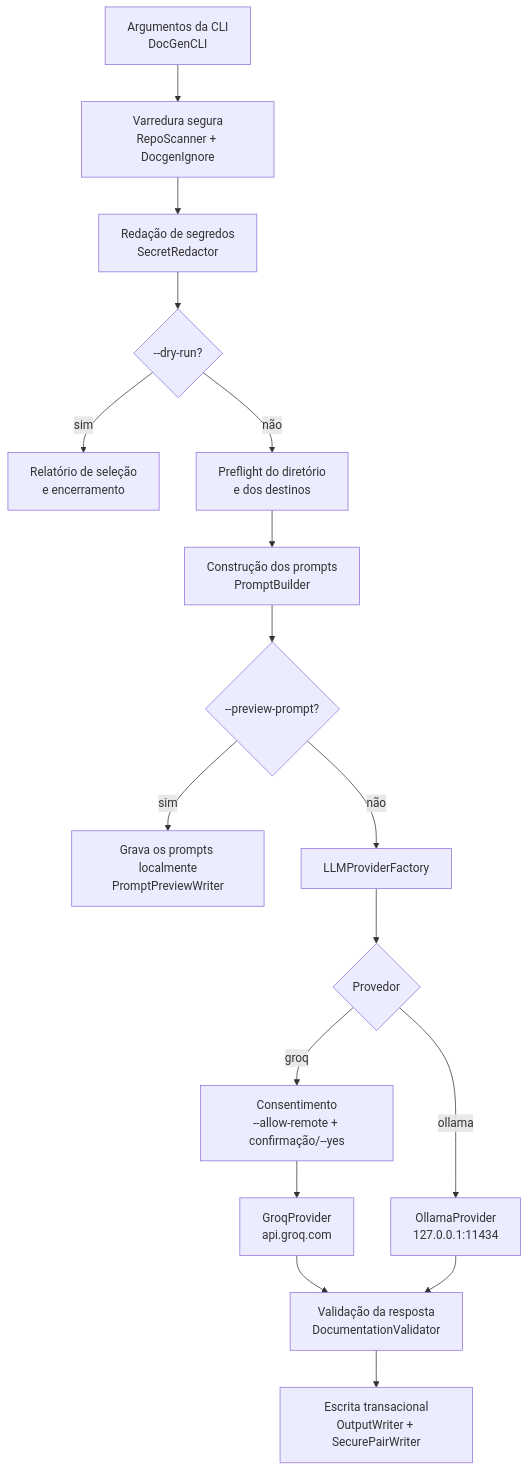
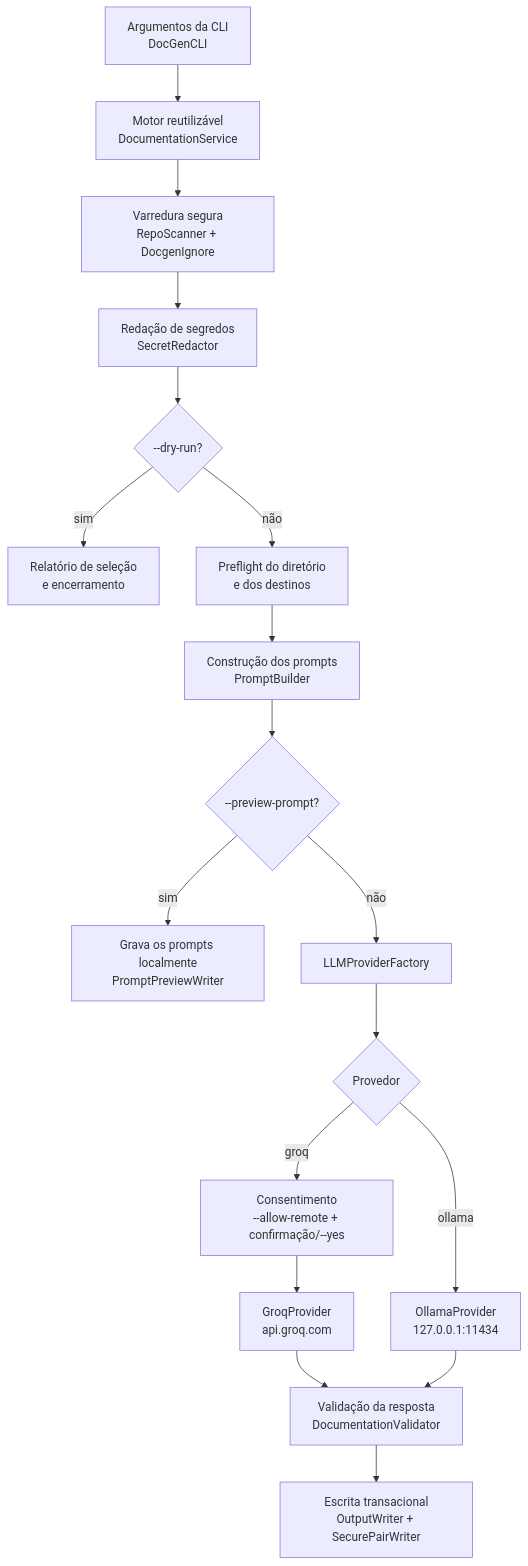
Before and after one commit to brunocorreia-dev/Docgen: the diagram in README.md, drawn with Mermaid. The commit also changed other lines of this file and 7 other files, not shown here.

Commit message:
refactor: extract reusable documentation service

````diff
--- a/README.md
+++ b/README.md
@@ -123,19 +123,20 @@
 ```mermaid
 flowchart TD
-    A["Argumentos da CLI<br/>DocGenCLI"] --> B["Varredura segura<br/>RepoScanner + DocgenIgnore"]
+    A["Argumentos da CLI<br/>DocGenCLI"] --> S["Motor reutilizável<br/>DocumentationService"]
+    S --> B["Varredura segura<br/>RepoScanner + DocgenIgnore"]
     B --> C["Redação de segredos<br/>SecretRedactor"]
     C --> D{"--dry-run?"}
     D -- sim --> D1["Relatório de seleção<br/>e encerramento"]
     D -- não --> E["Preflight do diretório<br/>e dos destinos"]
     E --> F["Construção dos prompts<br/>PromptBuilder"]
     F --> G{"--preview-prompt?"}
     G -- sim --> G1["Grava os prompts localmente<br/>PromptPreviewWriter"]
     G -- não --> H["LLMProviderFactory"]
     H --> I{"Provedor"}
     I -- groq --> J["Consentimento<br/>--allow-remote + confirmação/--yes"]
     J --> K["GroqProvider<br/>api.groq.com"]
     I -- ollama --> L["OllamaProvider<br/>127.0.0.1:11434"]
     K --> M["Validação da resposta<br/>DocumentationValidator"]
     L --> M
     M --> N["Escrita transacional<br/>OutputWriter + SecurePairWriter"]
 ```
````
